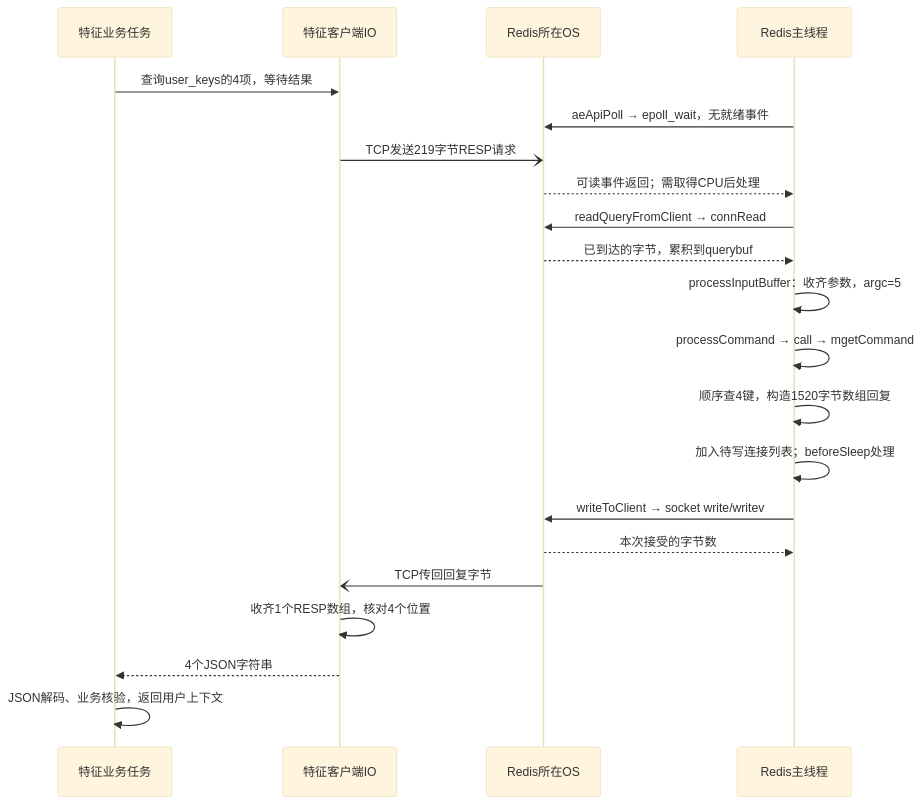
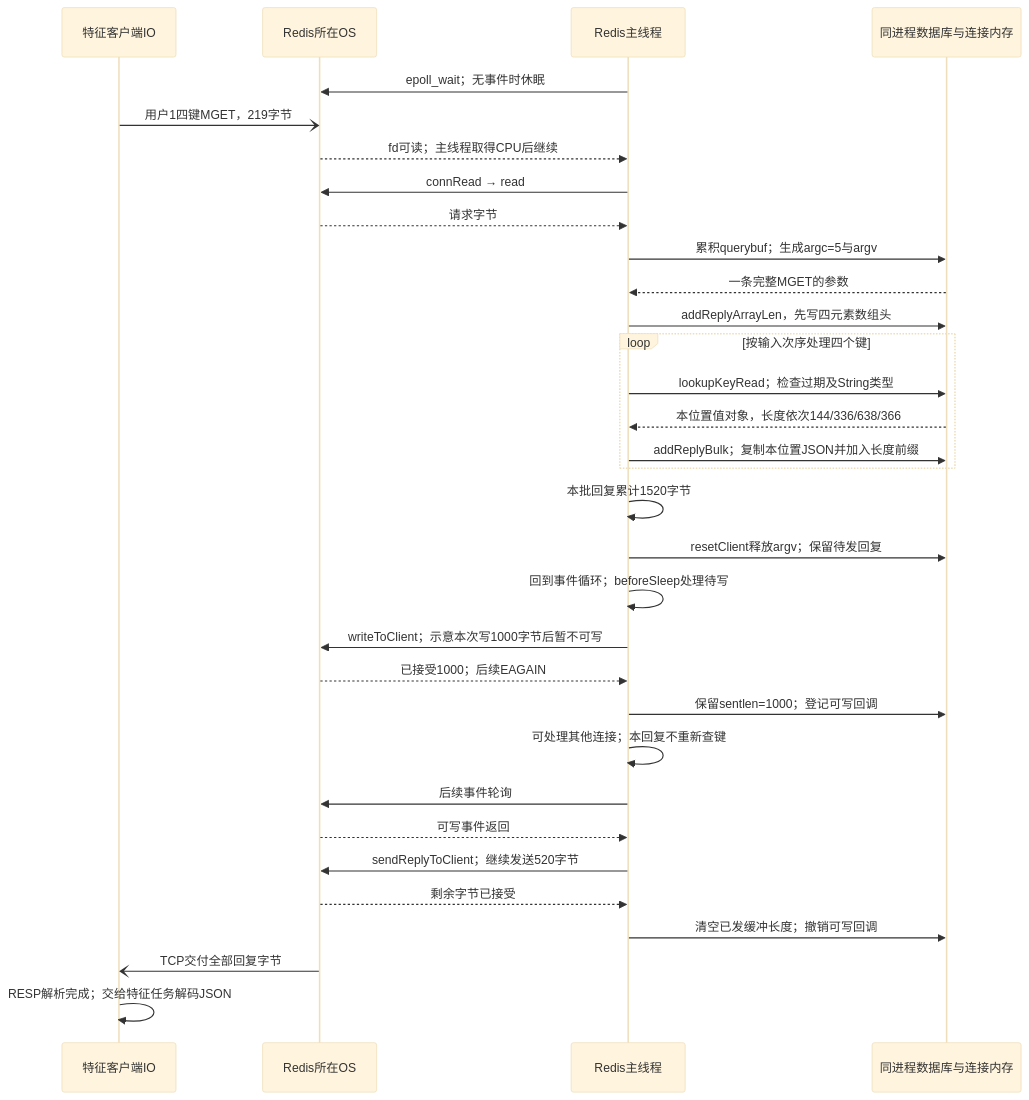
One commit to bitianyuan123/docs changed the first of 3 diagrams in 11_redis_workload.md. Above: the diagram before and after it, drawn with Mermaid (base theme). The commit also changed other lines of this file and 149 other files, not shown here.

````diff
--- a/11_redis_workload.md
+++ b/11_redis_workload.md
@@ -167,23 +338,34 @@
 ```mermaid
 sequenceDiagram
-    participant F as 特征业务任务
     participant C as 特征客户端IO
     participant K as Redis所在OS
-    participant R as Redis主线程
-    F->>C: 查询user_keys的4项，等待结果
-    R->>K: aeApiPoll → epoll_wait，无就绪事件
-    C-)K: TCP发送219字节RESP请求
-    K-->>R: 可读事件返回；需取得CPU后处理
-    R->>K: readQueryFromClient → connRead
-    K-->>R: 已到达的字节，累积到querybuf
-    R->>R: processInputBuffer：收齐参数，argc=5
-    R->>R: processCommand → call → mgetCommand
-    R->>R: 顺序查4键，构造1520字节数组回复
-    R->>R: 加入待写连接列表；beforeSleep处理
-    R->>K: writeToClient → socket write/writev
-    K-->>R: 本次接受的字节数
-    K-)C: TCP传回回复字节
-    C->>C: 收齐1个RESP数组，核对4个位置
-    C-->>F: 4个JSON字符串
-    F->>F: JSON解码、业务核验，返回用户上下文
+    participant M as Redis主线程
+    participant D as 同进程数据库与连接内存
+    M->>K: epoll_wait；无事件时休眠
+    C-)K: 用户1四键MGET，219字节
+    K-->>M: fd可读；主线程取得CPU后继续
+    M->>K: connRead → read
+    K-->>M: 请求字节
+    M->>D: 累积querybuf；生成argc=5与argv
+    D-->>M: 一条完整MGET的参数
+    M->>D: addReplyArrayLen，先写四元素数组头
+    loop 按输入次序处理四个键
+        M->>D: lookupKeyRead；检查过期及String类型
+        D-->>M: 本位置值对象，长度依次144/336/638/366
+        M->>D: addReplyBulk；复制本位置JSON并加入长度前缀
+    end
+    M->>M: 本批回复累计1520字节
+    M->>D: resetClient释放argv；保留待发回复
+    M->>M: 回到事件循环；beforeSleep处理待写
+    M->>K: writeToClient；示意本次写1000字节后暂不可写
+    K-->>M: 已接受1000；后续EAGAIN
+    M->>D: 保留sentlen=1000；登记可写回调
+    M->>M: 可处理其他连接；本回复不重新查键
+    M->>K: 后续事件轮询
+    K-->>M: 可写事件返回
+    M->>K: sendReplyToClient；继续发送520字节
+    K-->>M: 剩余字节已接受
+    M->>D: 清空已发缓冲长度；撤销可写回调
+    K-)C: TCP交付全部回复字节
+    C->>C: RESP解析完成；交给特征任务解码JSON
 ```
````
